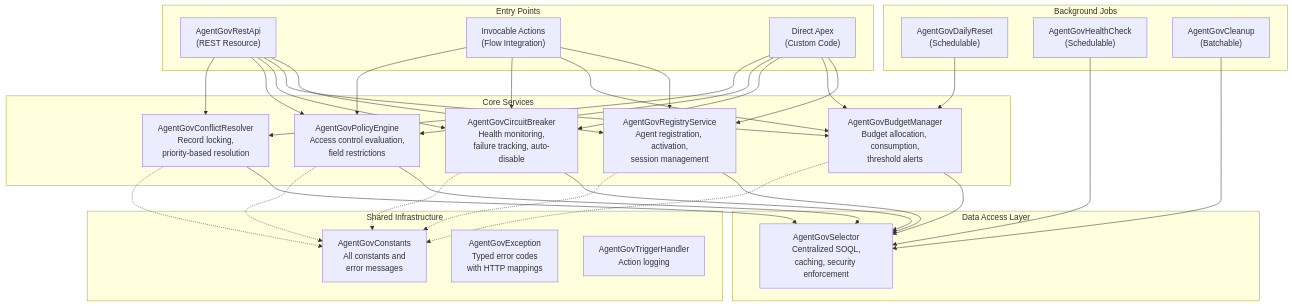
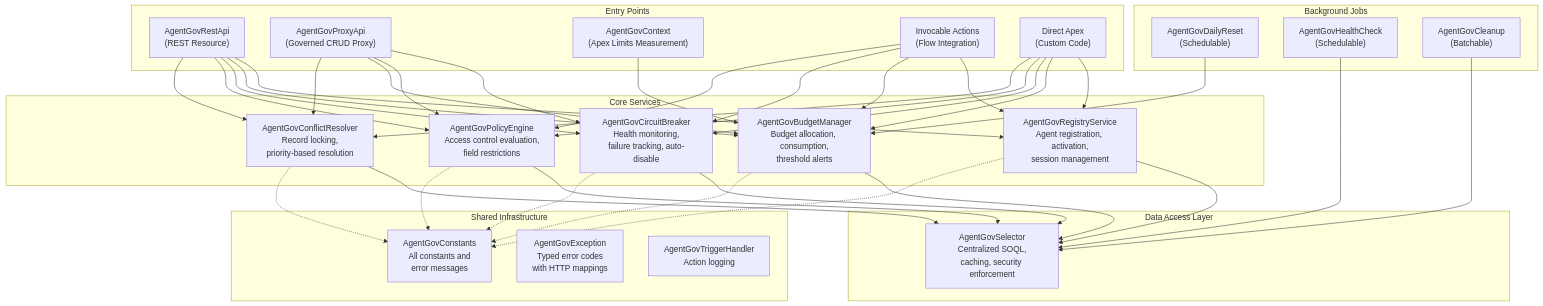
One commit to himanshupalerwal/salesforce-agent-governance changed the second of 7 diagrams in docs/architecture.md. Above: the diagram before and after it, drawn with Mermaid. The commit also changed other lines of this file and 29 other files, not shown here.

````diff
--- a/docs/architecture.md
+++ b/docs/architecture.md
@@ -33,65 +33,74 @@
 ```mermaid
 flowchart TB
     subgraph EntryPoints["Entry Points"]
         REST["AgentGovRestApi\n(REST Resource)"]
+        PROXY["AgentGovProxyApi\n(Governed CRUD Proxy)"]
+        CTX["AgentGovContext\n(Apex Limits Measurement)"]
         INV["Invocable Actions\n(Flow Integration)"]
         APEX["Direct Apex\n(Custom Code)"]
     end
 
     subgraph CoreServices["Core Services"]
         REG["AgentGovRegistryService\nAgent registration, activation,\nsession management"]
         BM["AgentGovBudgetManager\nBudget allocation, consumption,\nthreshold alerts"]
         CB["AgentGovCircuitBreaker\nHealth monitoring,\nfailure tracking, auto-disable"]
         PE["AgentGovPolicyEngine\nAccess control evaluation,\nfield restrictions"]
         CR["AgentGovConflictResolver\nRecord locking,\npriority-based resolution"]
     end
 
     subgraph DataLayer["Data Access Layer"]
         SEL["AgentGovSelector\nCentralized SOQL,\ncaching, security enforcement"]
     end
 
     subgraph BackgroundJobs["Background Jobs"]
         DR["AgentGovDailyReset\n(Schedulable)"]
         HC["AgentGovHealthCheck\n(Schedulable)"]
         CL["AgentGovCleanup\n(Batchable)"]
     end
 
     subgraph SharedInfra["Shared Infrastructure"]
         CONST["AgentGovConstants\nAll constants and\nerror messages"]
         EX["AgentGovException\nTyped error codes\nwith HTTP mappings"]
         TH["AgentGovTriggerHandler\nAction logging"]
     end
 
     REST --> REG
     REST --> BM
     REST --> CB
     REST --> PE
     REST --> CR
 
+    PROXY --> CB
+    PROXY --> PE
+    PROXY --> BM
+    PROXY --> CR
+
+    CTX --> BM
+
     INV --> REG
     INV --> BM
     INV --> CB
     INV --> PE
 
     APEX --> REG
     APEX --> BM
     APEX --> CB
     APEX --> PE
     APEX --> CR
 
     REG --> SEL
     BM --> SEL
     CB --> SEL
     PE --> SEL
     CR --> SEL
 
     DR --> BM
     HC --> SEL
     CL --> SEL
 
     REG -.-> CONST
     BM -.-> CONST
     CB -.-> CONST
     PE -.-> CONST
     CR -.-> CONST
 ```
````
